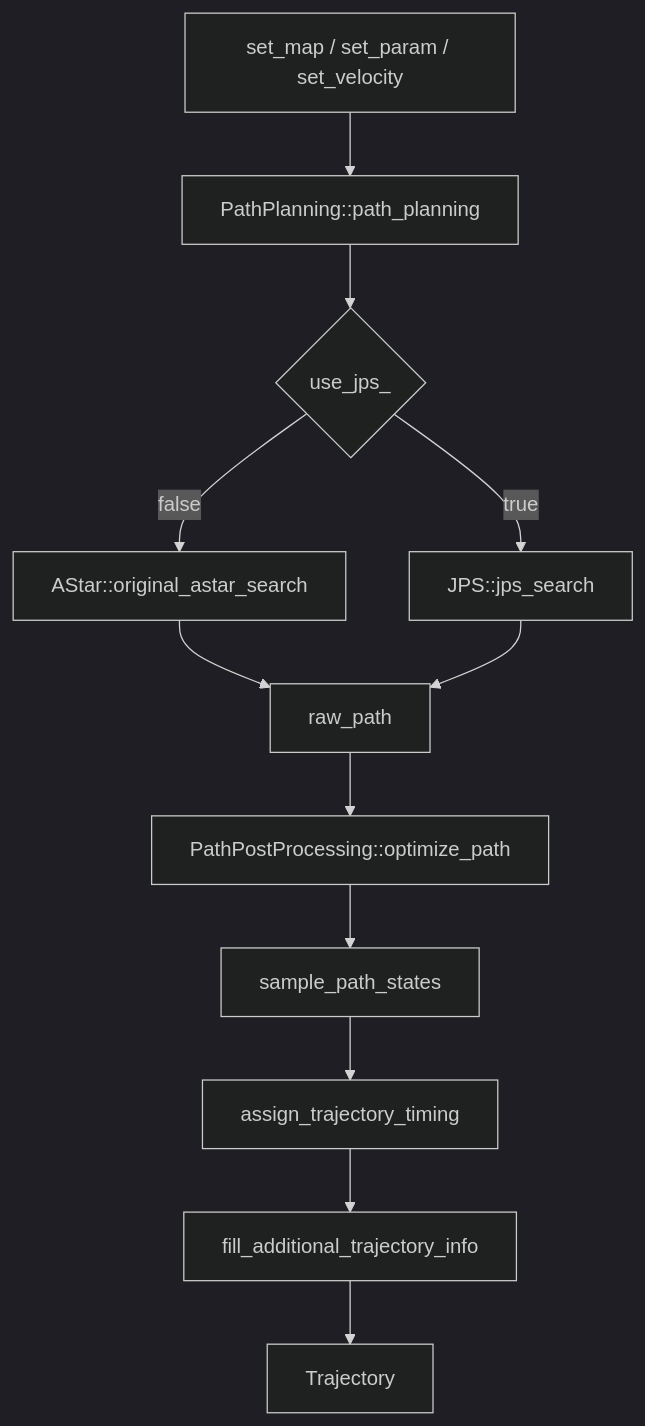
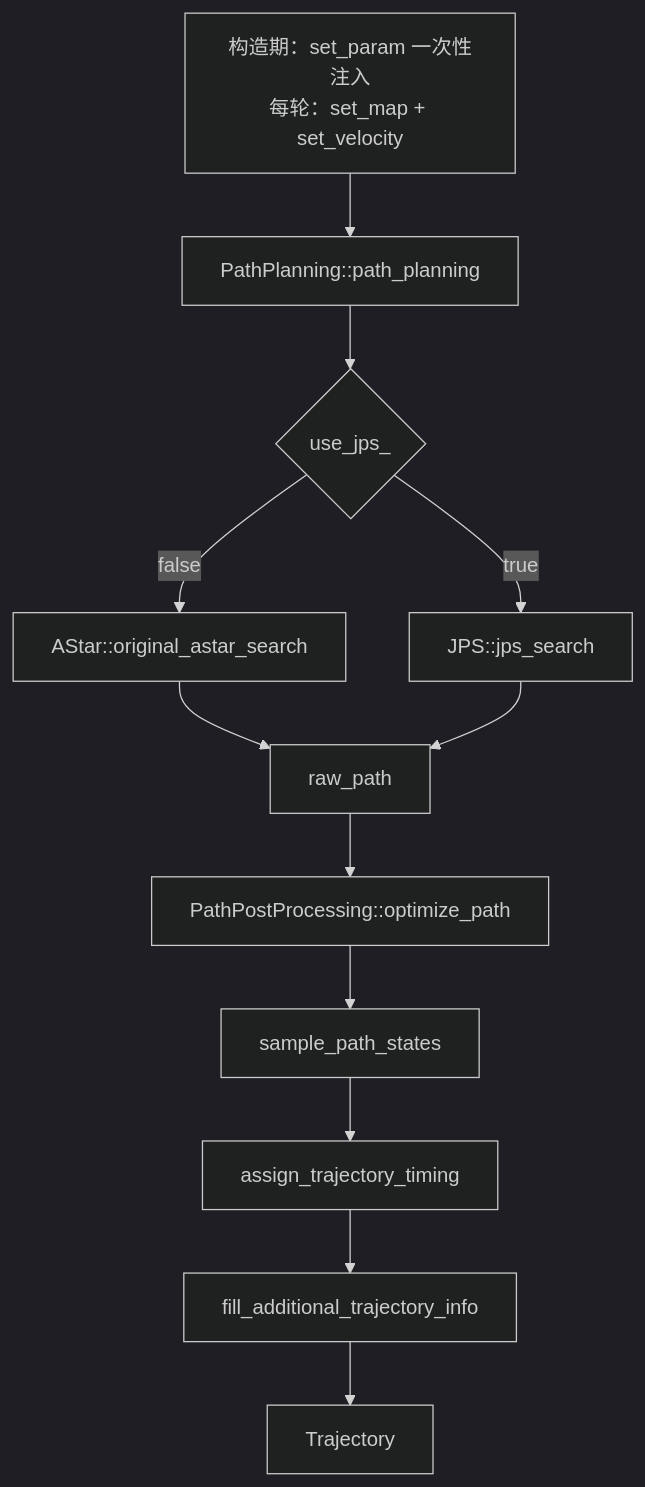
Before and after one commit to YD07-xyt/MA_Nav: the first of 4 diagrams in docs/nav/planner/path_planning/流程图.md, drawn with Mermaid (dark theme). The commit also changed other lines of this file and 107 other files, not shown here.

````diff
--- a/docs/nav/planner/path_planning/流程图.md
+++ b/docs/nav/planner/path_planning/流程图.md
@@ -19,14 +19,14 @@
 ```mermaid
 graph TD
-    A["set_map / set_param / set_velocity"] --> B["PathPlanning::path_planning"]
+    A["构造期：set_param 一次性注入<br/>每轮：set_map + set_velocity"] --> B["PathPlanning::path_planning"]
     B --> C{"use_jps_"}
     C -->|false| D["AStar::original_astar_search"]
     C -->|true| E["JPS::jps_search"]
     D --> F["raw_path"]
     E --> F
     F --> G["PathPostProcessing::optimize_path"]
     G --> H["sample_path_states"]
     H --> I["assign_trajectory_timing"]
     I --> J["fill_additional_trajectory_info"]
     J --> K["Trajectory"]
 ```
````
